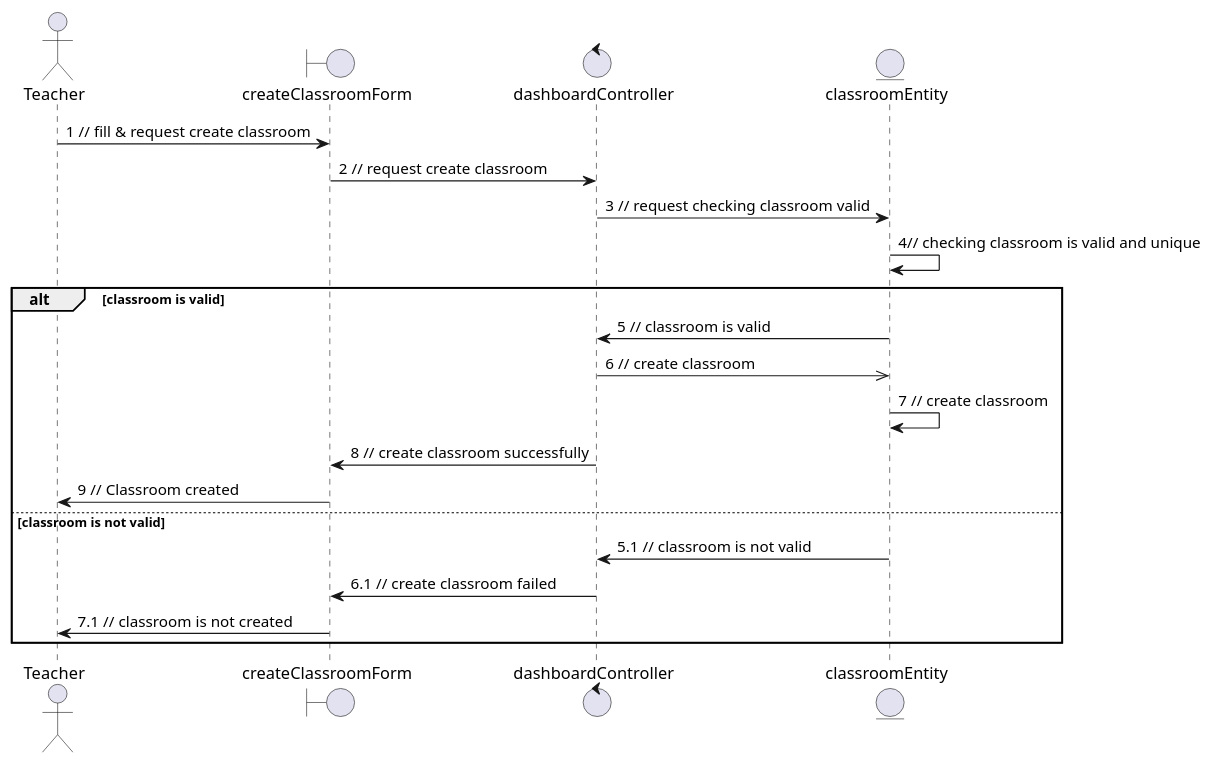
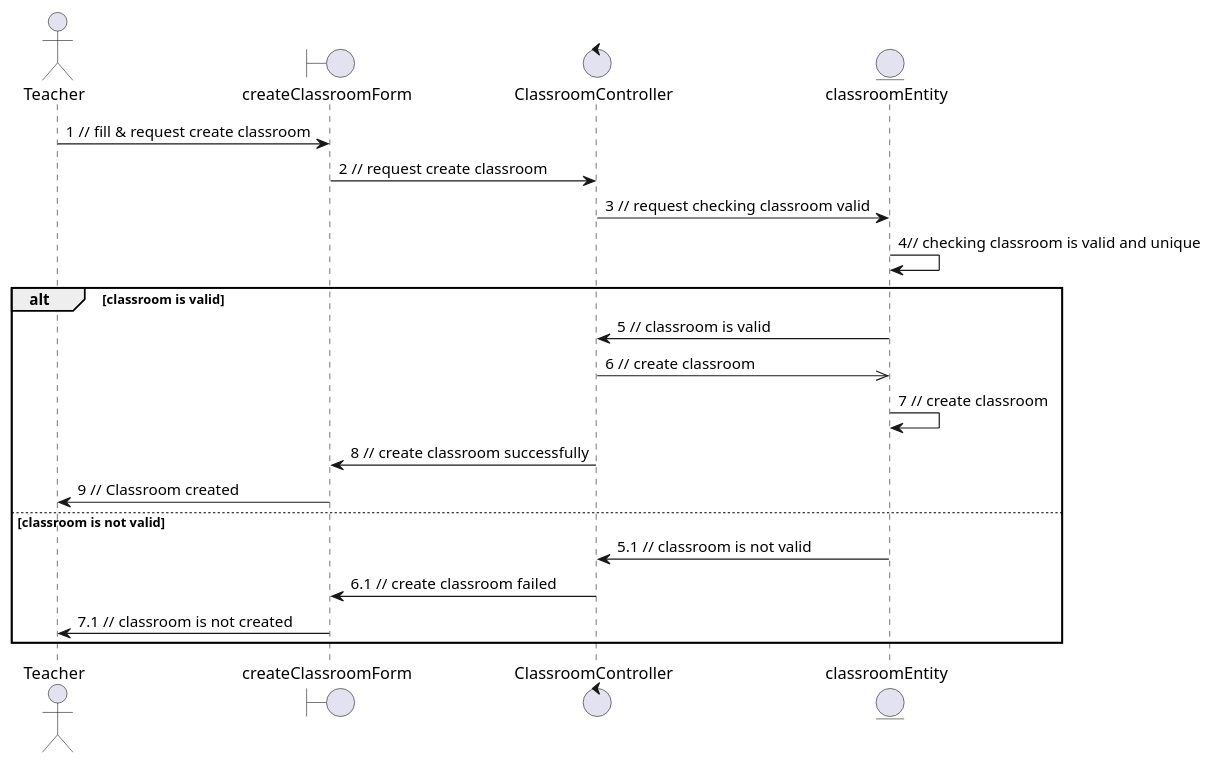
The diagram in createClass.plantuml (anonyhostvn/OOAD-Diagram), drawn with PlantUML before and after one commit. The commit also changed 4 other files, not shown here.

```diff
--- a/createClass.plantuml
+++ b/createClass.plantuml
@@ -1,24 +1,24 @@
 @startuml createClass
 
 actor Teacher
 boundary createClassroomForm
-control dashboardController
+control ClassroomController
 entity classroomEntity
 
 Teacher -> createClassroomForm: 1 // fill & request create classroom
-createClassroomForm -> dashboardController: 2 // request create classroom
-dashboardController -> classroomEntity: 3 // request checking classroom valid
+createClassroomForm -> ClassroomController: 2 // request create classroom
+ClassroomController -> classroomEntity: 3 // request checking classroom valid
 classroomEntity -> classroomEntity: 4// checking classroom is valid and unique
 alt classroom is valid
-    classroomEntity -> dashboardController: 5 // classroom is valid
-    dashboardController ->> classroomEntity: 6 // create classroom
+    classroomEntity -> ClassroomController: 5 // classroom is valid
+    ClassroomController ->> classroomEntity: 6 // create classroom
     classroomEntity -> classroomEntity: 7 // create classroom
-    dashboardController -> createClassroomForm: 8 // create classroom successfully
+    ClassroomController -> createClassroomForm: 8 // create classroom successfully
     createClassroomForm -> Teacher: 9 // Classroom created
 else classroom is not valid
-    classroomEntity -> dashboardController: 5.1 // classroom is not valid
-    dashboardController -> createClassroomForm: 6.1 // create classroom failed
+    classroomEntity -> ClassroomController: 5.1 // classroom is not valid
+    ClassroomController -> createClassroomForm: 6.1 // create classroom failed
     createClassroomForm -> Teacher: 7.1 // classroom is not created
 end
 
 @enduml
```
